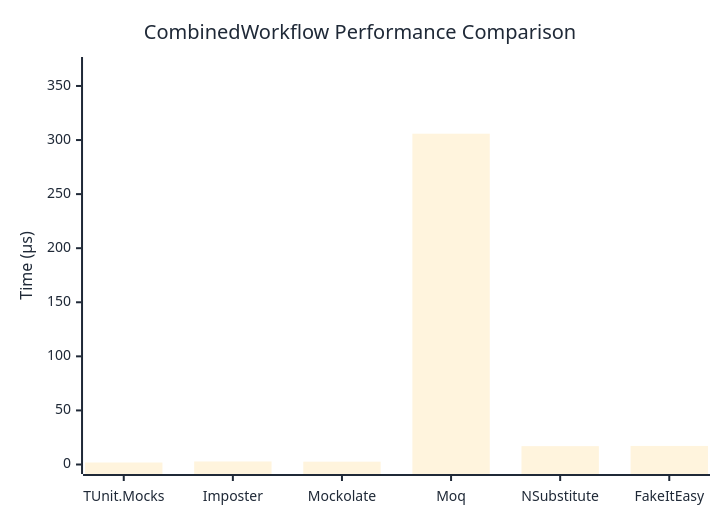
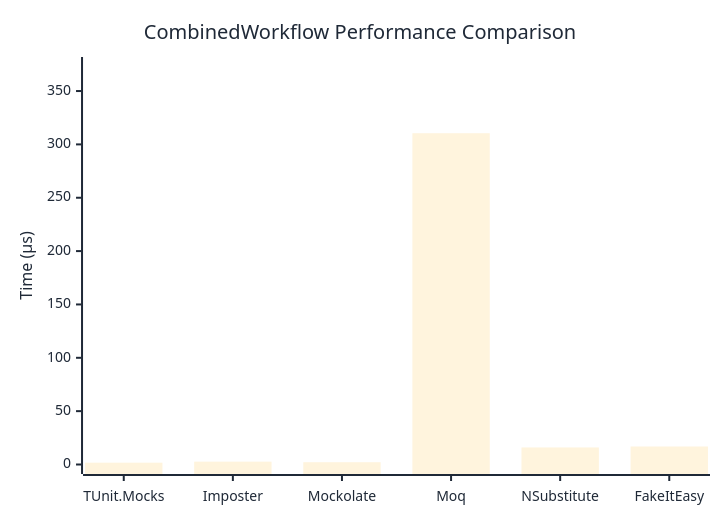
Before and after one commit to weiyilai/TUnit: the diagram in docs/docs/benchmarks/mocks/CombinedWorkflow.md, drawn with Mermaid. The commit also changed other lines of this file and 14 other files, not shown here.

````diff
--- a/docs/docs/benchmarks/mocks/CombinedWorkflow.md
+++ b/docs/docs/benchmarks/mocks/CombinedWorkflow.md
@@ -28,27 +28,27 @@
 ```mermaid
 %%{init: {
   'theme':'base',
   'themeVariables': {
     'primaryColor': '#2563eb',
     'primaryTextColor': '#1f2937',
     'primaryBorderColor': '#1e40af',
     'lineColor': '#6b7280',
     'secondaryColor': '#7c3aed',
     'tertiaryColor': '#dc2626',
     'background': '#ffffff',
     'pie1': '#2563eb',
     'pie2': '#7c3aed',
     'pie3': '#dc2626',
     'pie4': '#f59e0b',
     'pie5': '#10b981',
     'pie6': '#06b6d4',
     'pie7': '#ec4899',
     'pie8': '#6366f1'
   }
 }}%%
 xychart-beta
   title "CombinedWorkflow Performance Comparison"
   x-axis ["TUnit.Mocks", "Imposter", "Mockolate", "Moq", "NSubstitute", "FakeItEasy"]
-  y-axis "Time (μs)" 0 --> 368
-  bar [1.843, 2.795, 2.622, 305.872, 16.986, 17.173]
+  y-axis "Time (μs)" 0 --> 373
+  bar [1.708, 2.665, 2.136, 310.468, 15.975, 16.872]
 ```
````
